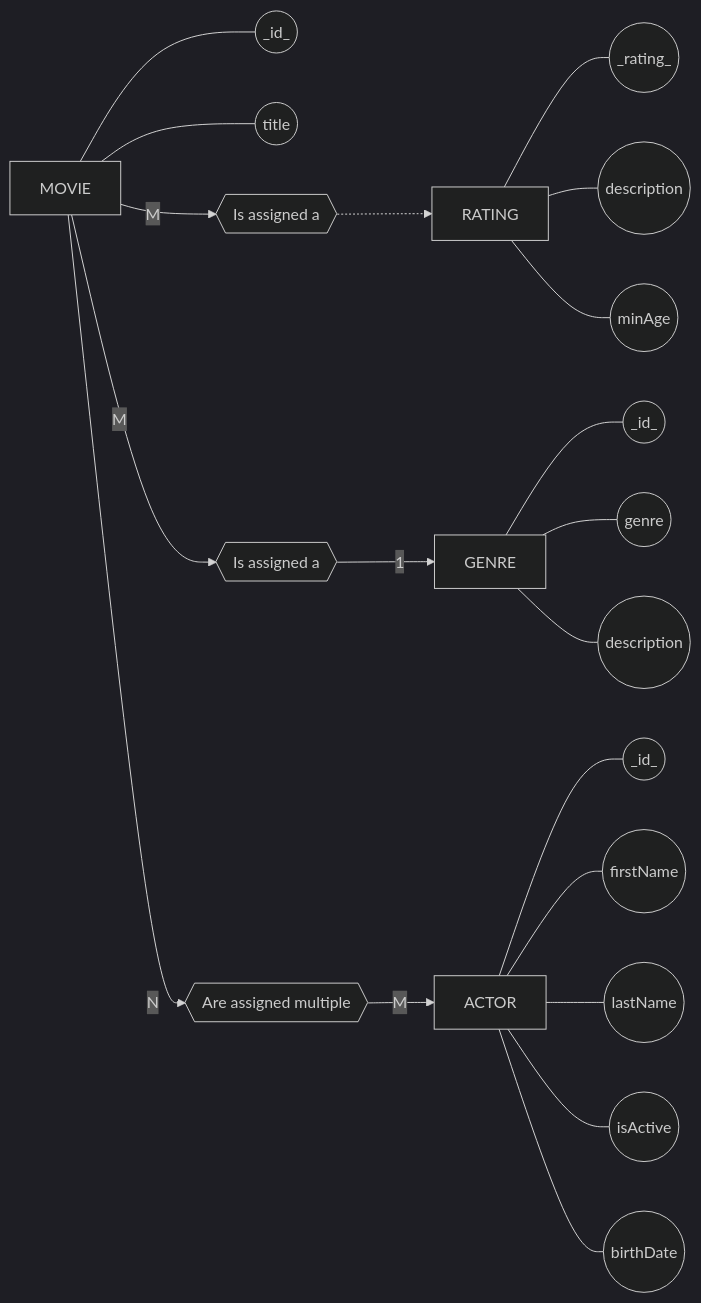
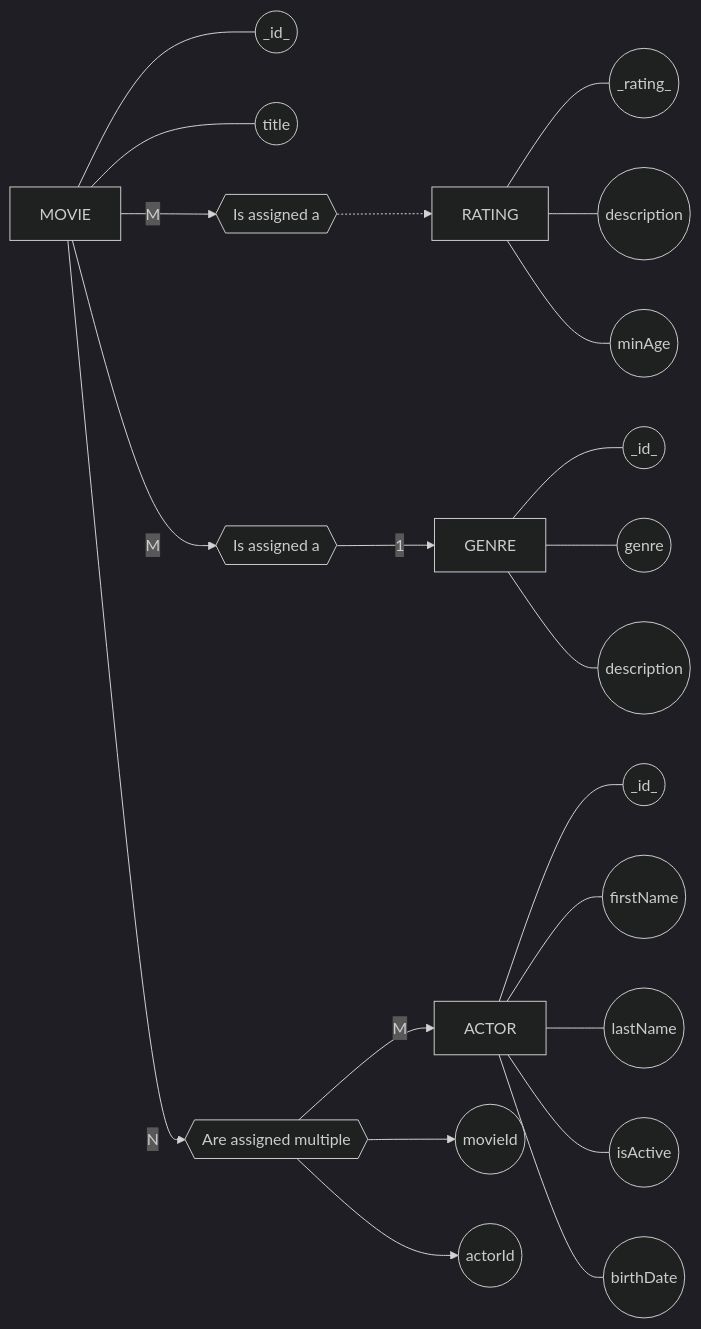
The third of 6 diagrams in CSDS 341 - Intro to Databases/HW/1/Tables.md (tnichols217/notes), drawn with Mermaid (dark theme) before and after one commit. The commit also changed other lines of this file and 5 other files, not shown here.

````diff
--- a/CSDS 341 - Intro to Databases/HW/1/Tables.md
+++ b/CSDS 341 - Intro to Databases/HW/1/Tables.md
@@ -87,50 +90,52 @@
 ```mermaid
 
 flowchart LR
 
 MOVIE[MOVIE]
 movId((_id_))
 movTitle((title))
 
 MOVIE --- movId
 MOVIE --- movTitle
 
 RATING[RATING]
 ratingRating((_rating_))
 ratingDescription((description))
 ratingMinAge((minAge))
 
 RATING --- ratingRating
 RATING --- ratingDescription
 RATING --- ratingMinAge
 
 GENRE[GENRE]
 genreId((_id_))
 genreGenre((genre))
 genreDescription((description))
 
 GENRE --- genreId
 GENRE --- genreGenre
 GENRE --- genreDescription
 
 ACTOR[ACTOR]
 actorId((_id_))
 actorFirstName((firstName))
 actorLastName((lastName))
 actorIsActive((isActive))
 actorBirthDate((birthDate))
 
 ACTOR --- actorId
 ACTOR --- actorFirstName
 ACTOR --- actorLastName
 ACTOR --- actorIsActive
 ACTOR --- actorBirthDate
 
 ageRating{{"Is assigned a"}}
 genre{{"Is assigned a"}}
 actors{{"Are assigned multiple"}}
 
 MOVIE --"M"--> ageRating -.-> RATING
 MOVIE --"M"--> genre --"1"--> GENRE
 MOVIE --"N"--> actors --"M"--> ACTOR
+actors --> movieId1((movieId))
+actors --> actorId1((actorId))
 ```
````
